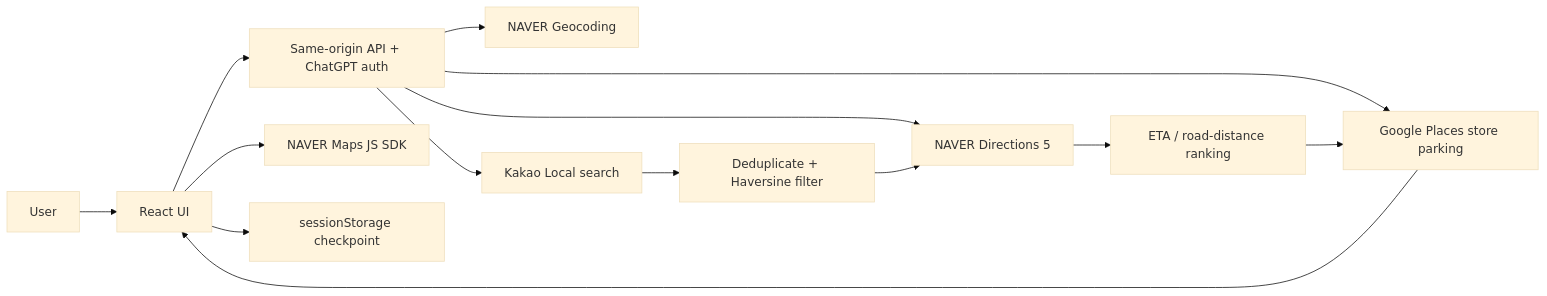
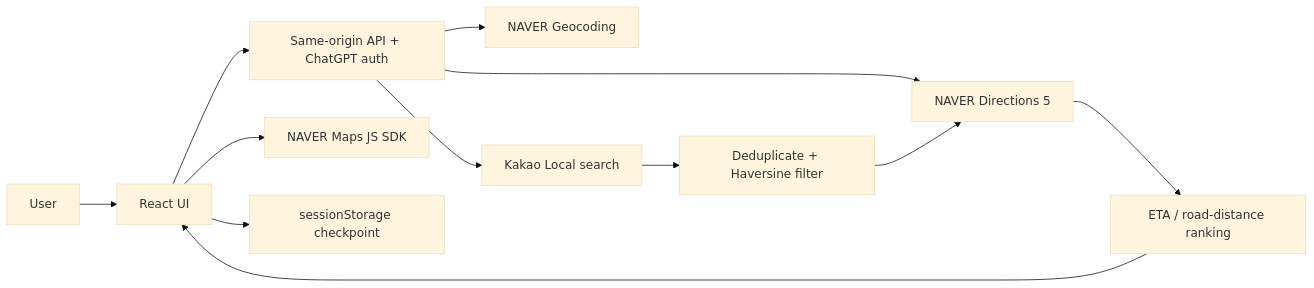
Before and after one commit to ban950220-ux/map-bot: the diagram in ARCHITECTURE.md, drawn with Mermaid (base theme). The commit also changed other lines of this file and 17 other files, not shown here.

Commit message:
fix: stabilize nearby map production flows

````diff
--- a/ARCHITECTURE.md
+++ b/ARCHITECTURE.md
@@ -7,16 +7,14 @@
 ```mermaid
 flowchart LR
     U[User] --> UI[React UI]
     UI --> AUTH[Same-origin API + ChatGPT auth]
     AUTH --> GEO[NAVER Geocoding]
     AUTH --> PLACE[Kakao Local search]
     AUTH --> ROUTE[NAVER Directions 5]
-    AUTH --> PARKING[Google Places store parking]
     UI --> MAP[NAVER Maps JS SDK]
     UI --> SESSION[sessionStorage checkpoint]
     PLACE --> FILTER[Deduplicate + Haversine filter]
     FILTER --> ROUTE
     ROUTE --> RANK[ETA / road-distance ranking]
-    RANK --> PARKING
-    PARKING --> UI
+    RANK --> UI
 ```
````
